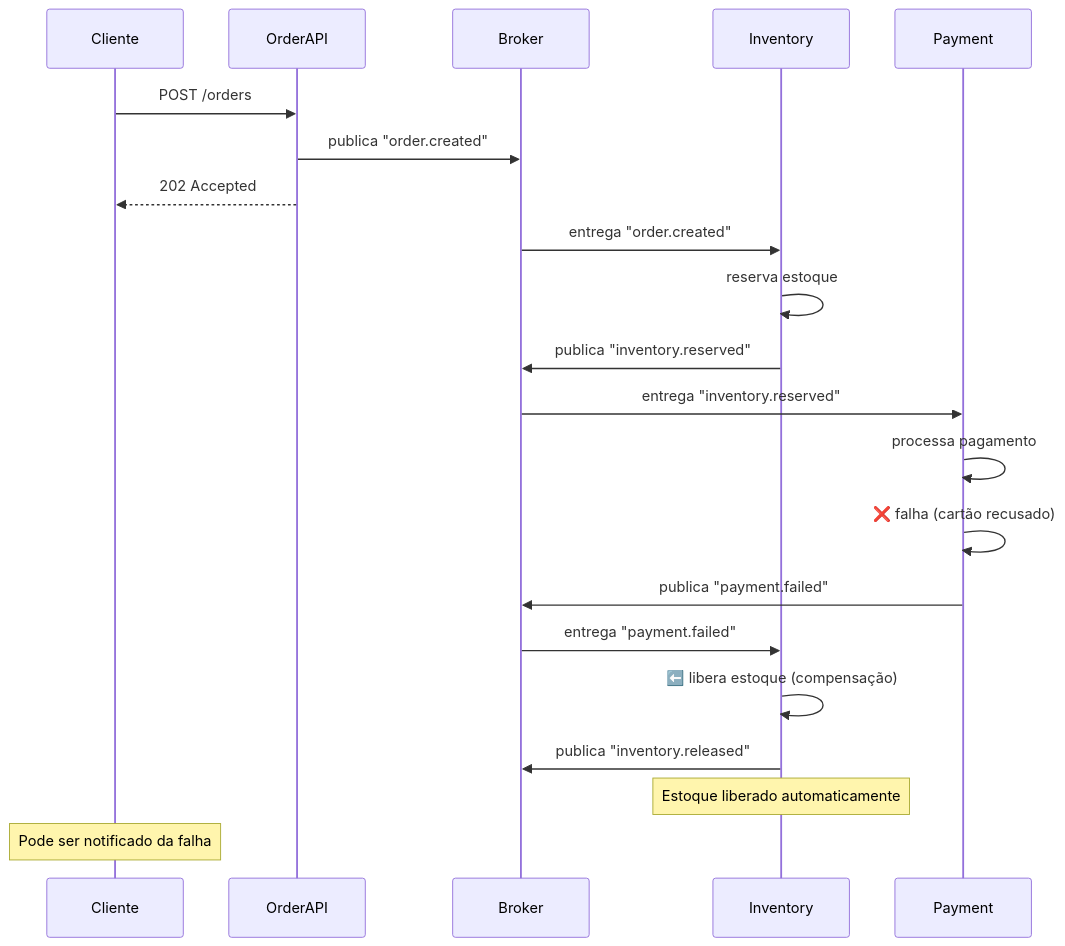
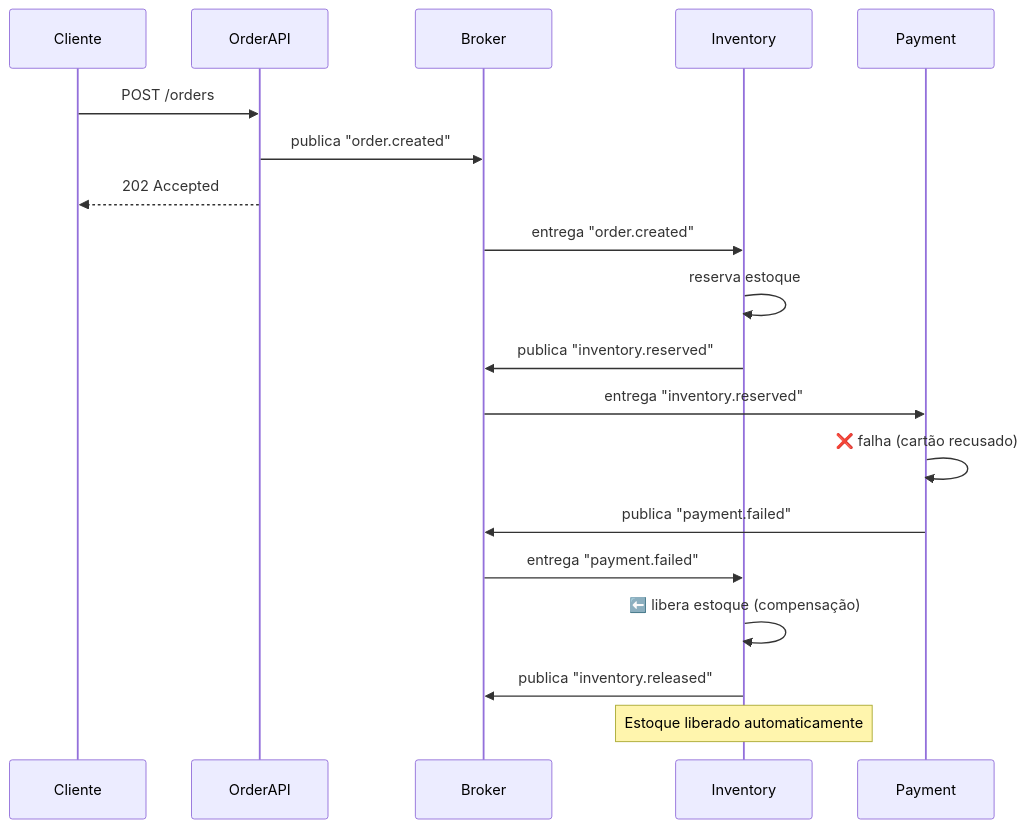
The second of 4 diagrams in docs/choreography-saga/README.md (maicoqb/estudo-de-caso-arquiteturas-eda), drawn with Mermaid before and after one commit. The commit also changed other lines of this file and 1 other file, not shown here.

````diff
--- a/docs/choreography-saga/README.md
+++ b/docs/choreography-saga/README.md
@@ -63,28 +64,26 @@
 ```mermaid
 sequenceDiagram
     participant Cliente
     participant OrderAPI
     participant Broker
     participant Inventory
     participant Payment
 
     Cliente->>OrderAPI: POST /orders
     OrderAPI->>Broker: publica "order.created"
     OrderAPI-->>Cliente: 202 Accepted
 
     Broker->>Inventory: entrega "order.created"
     Inventory->>Inventory: reserva estoque
     Inventory->>Broker: publica "inventory.reserved"
 
     Broker->>Payment: entrega "inventory.reserved"
-    Payment->>Payment: processa pagamento
     Payment->>Payment: ❌ falha (cartão recusado)
     Payment->>Broker: publica "payment.failed"
 
     Broker->>Inventory: entrega "payment.failed"
     Inventory->>Inventory: ⬅️ libera estoque (compensação)
     Inventory->>Broker: publica "inventory.released"
 
     Note over Inventory: Estoque liberado automaticamente
-    Note over Cliente: Pode ser notificado da falha
 ```
````
